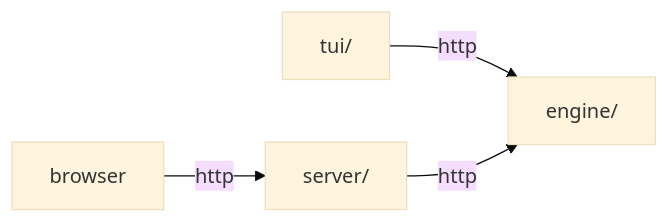
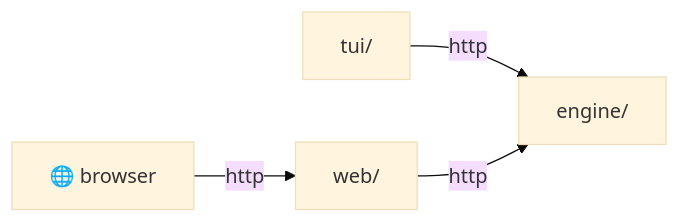
One commit to yamcodes/akin changed the fourth of 4 diagrams in README.md. Above: the diagram before and after it, drawn with Mermaid (base theme). The commit also changed other lines of this file and 1 other file, not shown here.

````diff
--- a/README.md
+++ b/README.md
@@ -32,5 +32,5 @@
 ```mermaid
 graph LR
     tui["tui/"] --http--> engine["engine/"]
-    browser["browser"] --http--> server["server/"] --http--> engine
+    browser["🌐 browser"] --http--> web["web/"] --http--> engine["engine/"]
 ```
````
